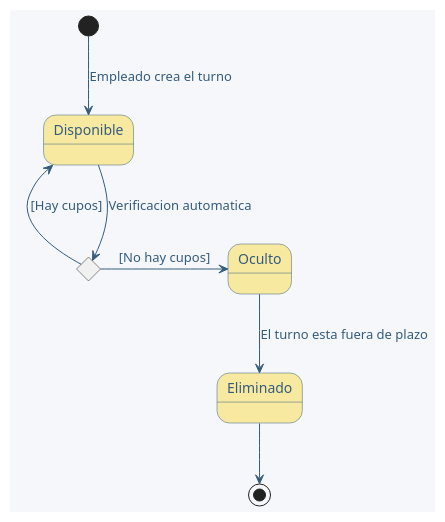
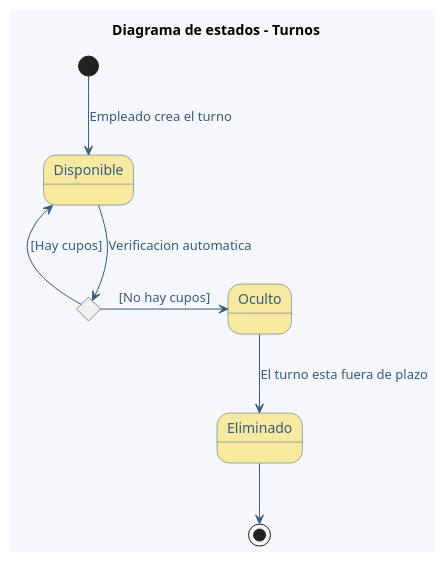
The diagram in docs/ModeloDeNegocios/diagrama_de_estados_TURNOS.plantuml (IsaacTou/IS--8---C1-), drawn with PlantUML before and after one commit. The commit also changed 8 other files, not shown here.

```diff
--- a/docs/ModeloDeNegocios/diagrama_de_estados_TURNOS.plantuml
+++ b/docs/ModeloDeNegocios/diagrama_de_estados_TURNOS.plantuml
@@ -1,23 +1,24 @@
 @startuml DiagramaDeEstados (Turnos)
+title Diagrama de estados - Turnos
 
 ' Colores generales
 skinparam backgroundColor #F5F7FA
 skinparam stateStartColor #A7C7E7
 skinparam stateEndColor #F67280
 skinparam stateBackgroundColor #F8E9A1
 skinparam stateBorderColor #355C7D
 skinparam stateFontColor #355C7D
 skinparam stateFontSize 14
 skinparam ArrowColor #355C7D
 skinparam ArrowFontColor #355C7D
 
 state c <<choice>> #F67280
 
 [*] --> Disponible : Empleado crea el turno
 Disponible --> c : Verificacion automatica
 Disponible <-- c : [Hay cupos]
 c -> Oculto : [No hay cupos]
 Oculto --> Eliminado : El turno esta fuera de plazo
 Eliminado --> [*]
 
 @enduml
```
